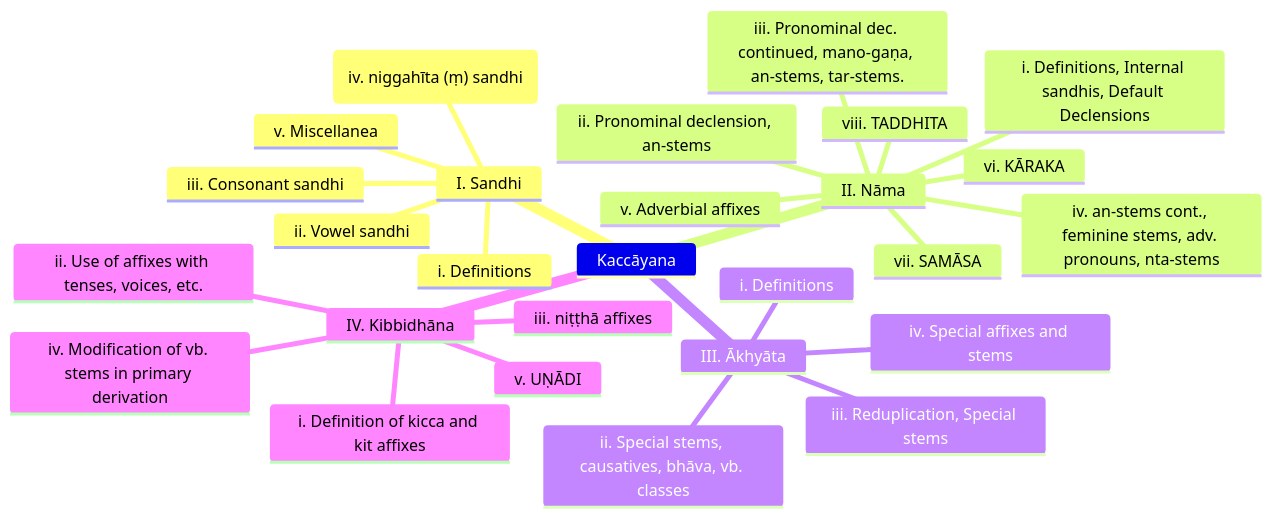
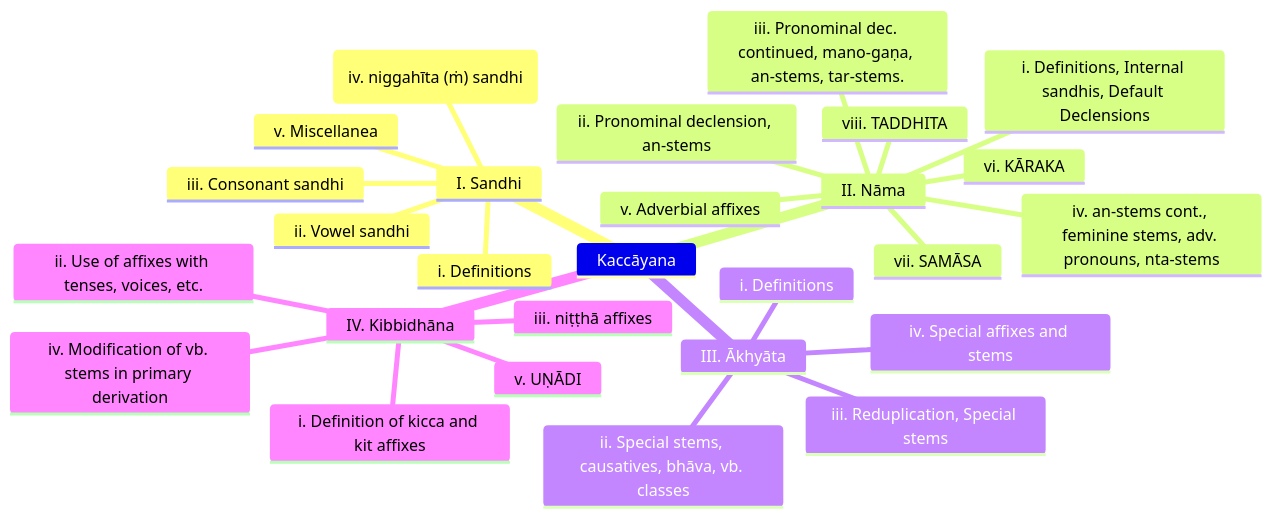
Before and after one commit to ChristineTham/buddhavacana: the first of 11 diagrams in src/content/docs/Pali Textbook/m-kaccayana.md, drawn with Mermaid. The commit also changed other lines of this file and 22 other files, not shown here.

````diff
--- a/src/content/docs/Pali Textbook/m-kaccayana.md
+++ b/src/content/docs/Pali Textbook/m-kaccayana.md
@@ -44,30 +44,30 @@
 ```mermaid
 mindmap
   Kaccāyana
     I. Sandhi
       i. Definitions
       ii. Vowel sandhi
       iii. Consonant sandhi
-      Iiv("iv. niggahīta (ṃ) sandhi")
+      Iiv("iv. niggahīta (ṁ) sandhi")
       v. Miscellanea
     II. Nāma
       i. Definitions, Internal sandhis, Default Declensions
       ii. Pronominal declension, an-stems
       iii. Pronominal dec. continued, mano-gaṇa, an-stems, tar-stems.
       iv. an-stems cont., feminine stems, adv. pronouns, nta-stems
       v. Adverbial affixes
       vi. KĀRAKA
       vii. SAMĀSA
       viii. TADDHITA
     III. Ākhyāta
       i. Definitions
       ii. Special stems, causatives, bhāva, vb. classes
       iii. Reduplication, Special stems
       iv. Special affixes and stems
     IV. Kibbidhāna
       i. Definition of kicca and kit affixes
       ii. Use of affixes with tenses, voices, etc.
       iii. niṭṭhā affixes
       iv. Modification of vb. stems in primary derivation
       v. UṆĀDI
 ```
````
